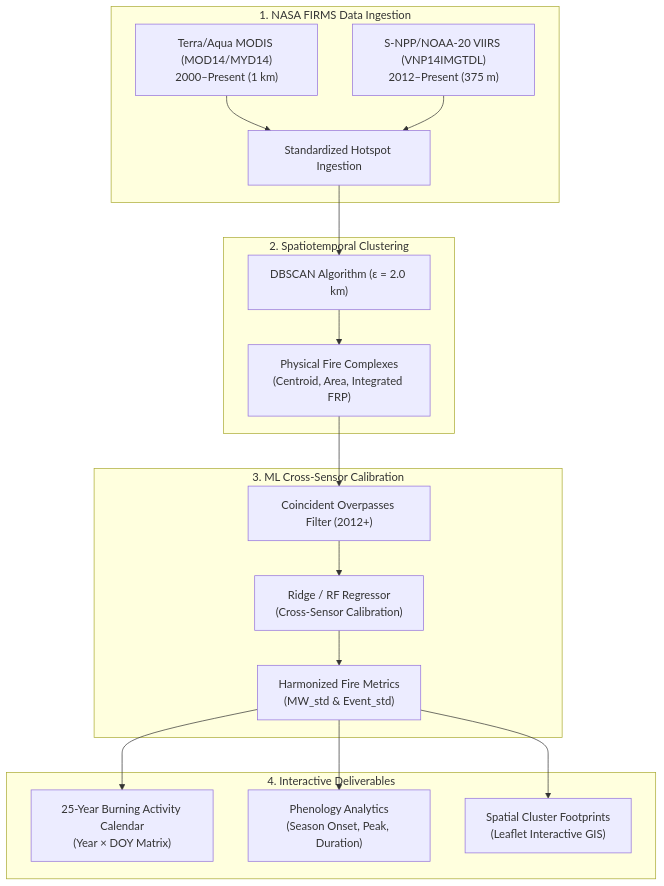
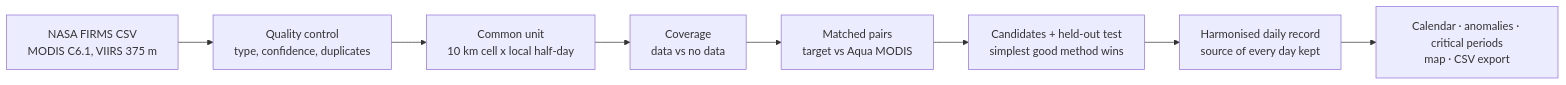
The diagram in README.md (Jeeson-Kurian/pyro-harmonize), drawn with Mermaid before and after one commit. The commit also changed other lines of this file and 33 other files, not shown here.

````diff
--- a/README.md
+++ b/README.md
@@ -34,24 +36,10 @@
 ```mermaid
-flowchart TD
-    subgraph DataIngestion["1. NASA FIRMS Data Ingestion"]
-        M["Terra/Aqua MODIS (MOD14/MYD14)<br/>2000–Present (1 km)"] --> N["Standardized Hotspot Ingestion"]
-        V["S-NPP/NOAA-20 VIIRS (VNP14IMGTDL)<br/>2012–Present (375 m)"] --> N
-    end
-
-    subgraph SpatiotemporalClustering["2. Spatiotemporal Clustering"]
-        N --> DB["DBSCAN Algorithm (ε = 2.0 km)"]
-        DB --> FC["Physical Fire Complexes<br/>(Centroid, Area, Integrated FRP)"]
-    end
-
-    subgraph CrossCalibration["3. ML Cross-Sensor Calibration"]
-        FC --> CO["Coincident Overpasses Filter (2012+)"]
-        CO --> REG["Ridge / RF Regressor<br/>(Cross-Sensor Calibration)"]
-        REG --> HARM["Harmonized Fire Metrics<br/>(MW_std & Event_std)"]
-    end
-
-    subgraph Deliverables["4. Interactive Deliverables"]
-        HARM --> CAL["25-Year Burning Activity Calendar<br/>(Year × DOY Matrix)"]
-        HARM --> PHEN["Phenology Analytics<br/>(Season Onset, Peak, Duration)"]
-        HARM --> MAP["Spatial Cluster Footprints<br/>(Leaflet Interactive GIS)"]
-    end
+flowchart LR
+    A["NASA FIRMS CSV<br/>MODIS C6.1, VIIRS 375 m"] --> B["Quality control<br/>type, confidence, duplicates"]
+    B --> C["Common unit<br/>10 km cell x local half-day"]
+    C --> D["Coverage<br/>data vs no data"]
+    D --> E["Matched pairs<br/>target vs Aqua MODIS"]
+    E --> F["Candidates + held-out test<br/>simplest good method wins"]
+    F --> G["Harmonised daily record<br/>source of every day kept"]
+    G --> H["Calendar · anomalies · critical periods<br/>map · CSV export"]
 ```
````
